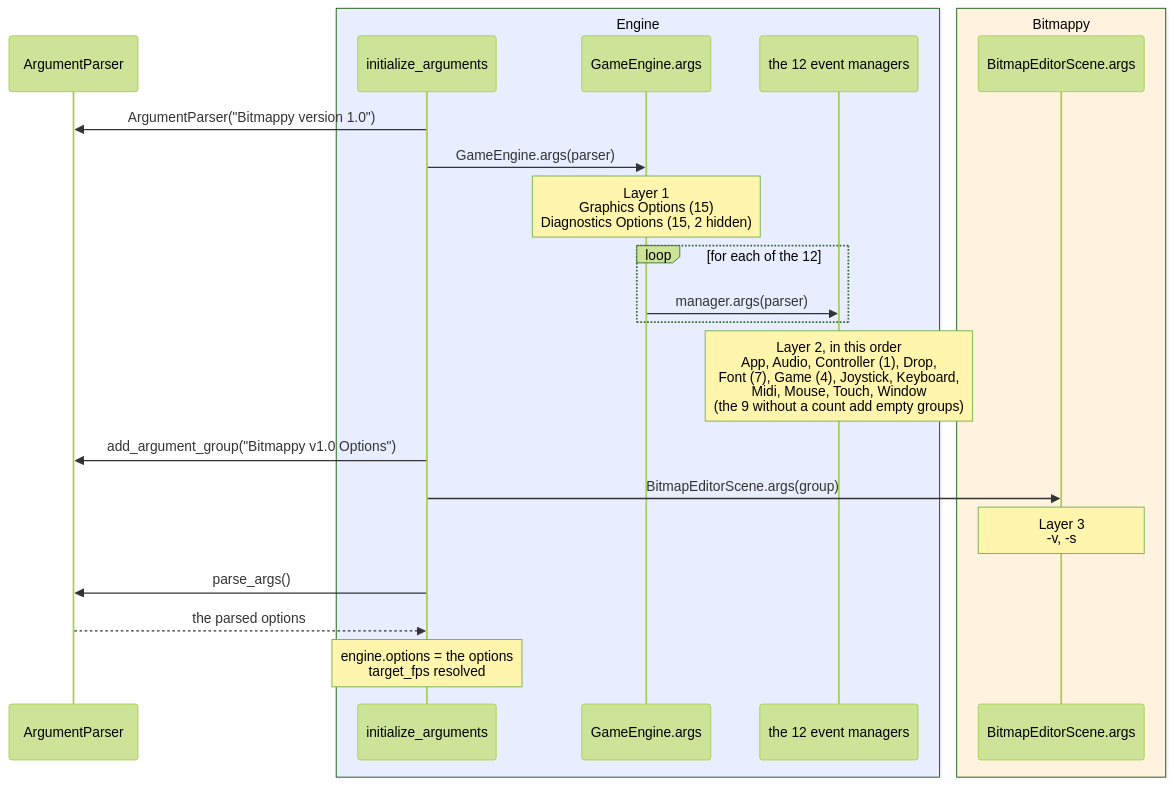
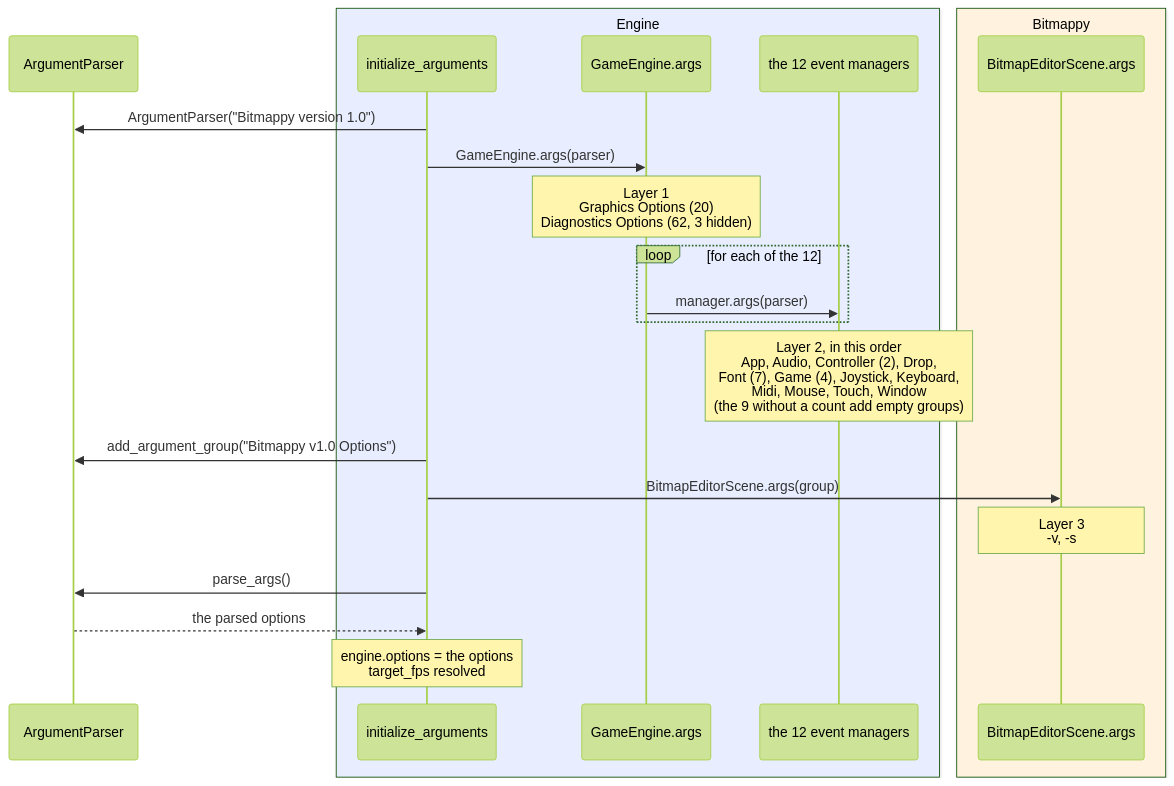
One commit to terrysimons/glitchygames changed the first of 4 diagrams in docs/architecture/argument_system.md. Above: the diagram before and after it, drawn with Mermaid (forest theme). The commit also changed other lines of this file and 25 other files, not shown here.

````diff
--- a/docs/architecture/argument_system.md
+++ b/docs/architecture/argument_system.md
@@ -14,26 +14,26 @@
 ```mermaid
 sequenceDiagram
     participant PARSER as ArgumentParser
     box rgb(232,238,255) Engine
     participant INIT as initialize_arguments
     participant ENGINE as GameEngine.args
     participant MANAGERS as the 12 event managers
     end
     box rgb(255,243,224) Bitmappy
     participant GAME as BitmapEditorScene.args
     end
 
     INIT->>PARSER: ArgumentParser("Bitmappy version 1.0")
     INIT->>ENGINE: GameEngine.args(parser)
-    Note over ENGINE: Layer 1<br/>Graphics Options (15)<br/>Diagnostics Options (15, 2 hidden)
+    Note over ENGINE: Layer 1<br/>Graphics Options (20)<br/>Diagnostics Options (62, 3 hidden)
     loop for each of the 12
         ENGINE->>MANAGERS: manager.args(parser)
     end
-    Note over MANAGERS: Layer 2, in this order<br/>App, Audio, Controller (1), Drop,<br/>Font (7), Game (4), Joystick, Keyboard,<br/>Midi, Mouse, Touch, Window<br/>(the 9 without a count add empty groups)
+    Note over MANAGERS: Layer 2, in this order<br/>App, Audio, Controller (2), Drop,<br/>Font (7), Game (4), Joystick, Keyboard,<br/>Midi, Mouse, Touch, Window<br/>(the 9 without a count add empty groups)
     INIT->>PARSER: add_argument_group("Bitmappy v1.0 Options")
     INIT->>GAME: BitmapEditorScene.args(group)
     Note over GAME: Layer 3<br/>-v, -s
     INIT->>PARSER: parse_args()
     PARSER-->>INIT: the parsed options
     Note over INIT: engine.options = the options<br/>target_fps resolved
 ```
````
